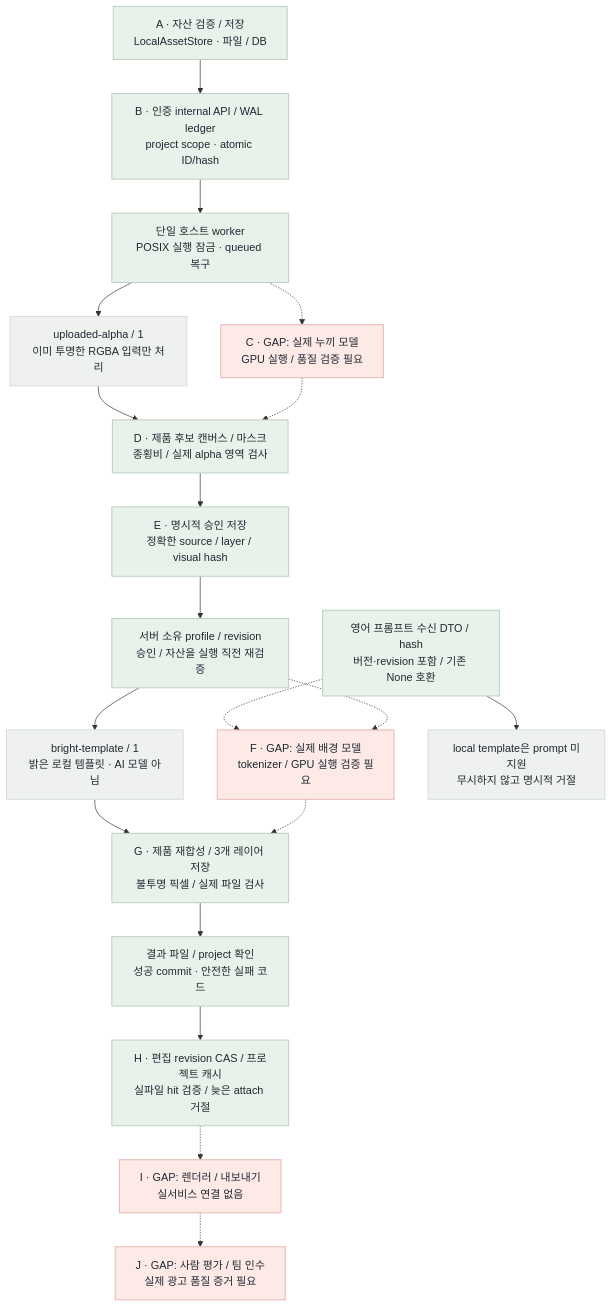
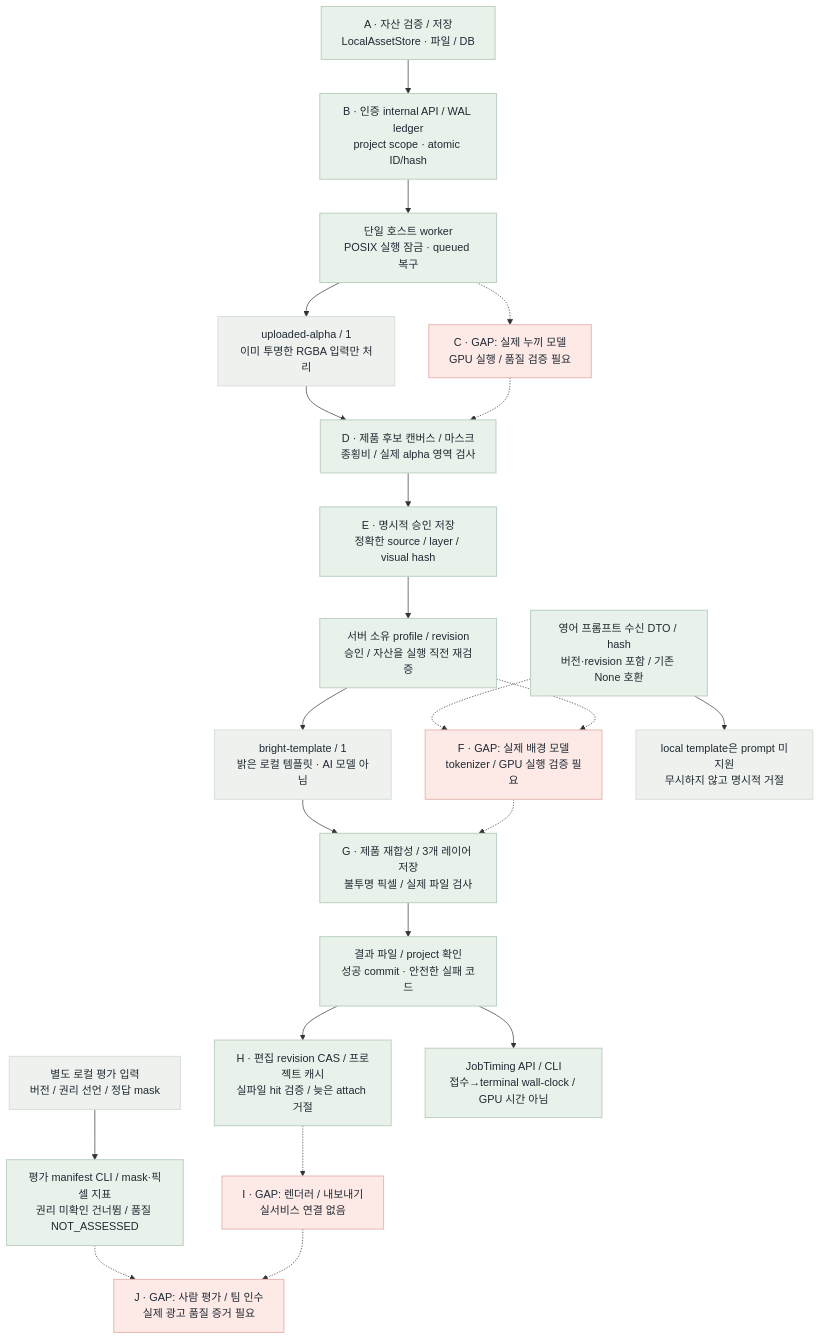
Before and after one commit to uyt5041-lab/beauty-ai-models: the second of 2 diagrams in fivecircles/architecture/spec/image-runtime-flow.md, drawn with Mermaid. The commit also changed other lines of this file and 26 other files, not shown here.

Commit message:
feat: add local image evaluation and job timing evidence

````diff
--- a/fivecircles/architecture/spec/image-runtime-flow.md
+++ b/fivecircles/architecture/spec/image-runtime-flow.md
@@ -39,31 +39,36 @@
 ```mermaid
 flowchart TB
     A["A · 자산 검증 / 저장<br/>LocalAssetStore · 파일 / DB"]:::green
     B["B · 인증 internal API / WAL ledger<br/>project scope · atomic ID/hash"]:::green
     W["단일 호스트 worker<br/>POSIX 실행 잠금 · queued 복구"]:::green
     U["uploaded-alpha / 1<br/>이미 투명한 RGBA 입력만 처리"]:::gray
     C["C · GAP: 실제 누끼 모델<br/>GPU 실행 / 품질 검증 필요"]:::red
     D["D · 제품 후보 캔버스 / 마스크<br/>종횡비 / 실제 alpha 영역 검사"]:::green
     E["E · 명시적 승인 저장<br/>정확한 source / layer / visual hash"]:::green
     P["서버 소유 profile / revision<br/>승인 / 자산을 실행 직전 재검증"]:::green
     T["bright-template / 1<br/>밝은 로컬 템플릿 · AI 모델 아님"]:::gray
     F["F · GAP: 실제 배경 모델<br/>tokenizer / GPU 실행 검증 필요"]:::red
     G["G · 제품 재합성 / 3개 레이어 저장<br/>불투명 픽셀 / 실제 파일 검사"]:::green
     R["결과 파일 / project 확인<br/>성공 commit · 안전한 실패 코드"]:::green
     H["H · 편집 revision CAS / 프로젝트 캐시<br/>실파일 hit 검증 / 늦은 attach 거절"]:::green
     I["I · GAP: 렌더러 / 내보내기<br/>실서비스 연결 없음"]:::red
     J["J · GAP: 사람 평가 / 팀 인수<br/>실제 광고 품질 증거 필요"]:::red
     Q["영어 프롬프트 수신 DTO / hash<br/>버전·revision 포함 / 기존 None 호환"]:::green
     X["local template은 prompt 미지원<br/>무시하지 않고 명시적 거절"]:::gray
+    V["별도 로컬 평가 입력<br/>버전 / 권리 선언 / 정답 mask"]:::gray
+    K["평가 manifest CLI / mask·픽셀 지표<br/>권리 미확인 건너뜀 / 품질 NOT_ASSESSED"]:::green
+    L["JobTiming API / CLI<br/>접수→terminal wall-clock / GPU 시간 아님"]:::green
+    V --> K -.-> J
+    R --> L
     Q --> X
     Q -.-> F
     A --> B --> W --> U --> D --> E --> P --> T --> G --> R
     W -.-> C -.-> D
     P -.-> F -.-> G
     R --> H -.-> I -.-> J
 classDef green fill:#e8f2ea,stroke:#bdd1c2,color:#1f2933,stroke-width:1.5px
 classDef blue fill:#e8f0f7,stroke:#c2d3e0,color:#1f2933,stroke-width:1.5px
 classDef amber fill:#fff4dc,stroke:#e7c88f,color:#1f2933,stroke-width:1.5px
 classDef red fill:#fde9e6,stroke:#e8bab5,color:#1f2933,stroke-width:1.5px
 classDef gray fill:#eef1ed,stroke:#d8e0da,color:#1f2933,stroke-width:1.5px
 ```
````
